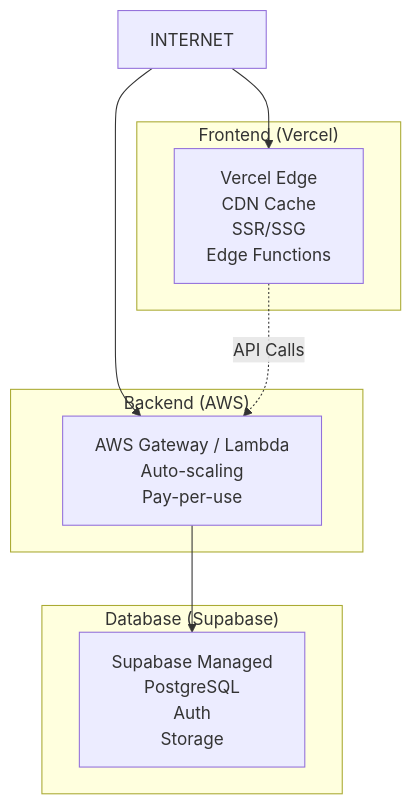
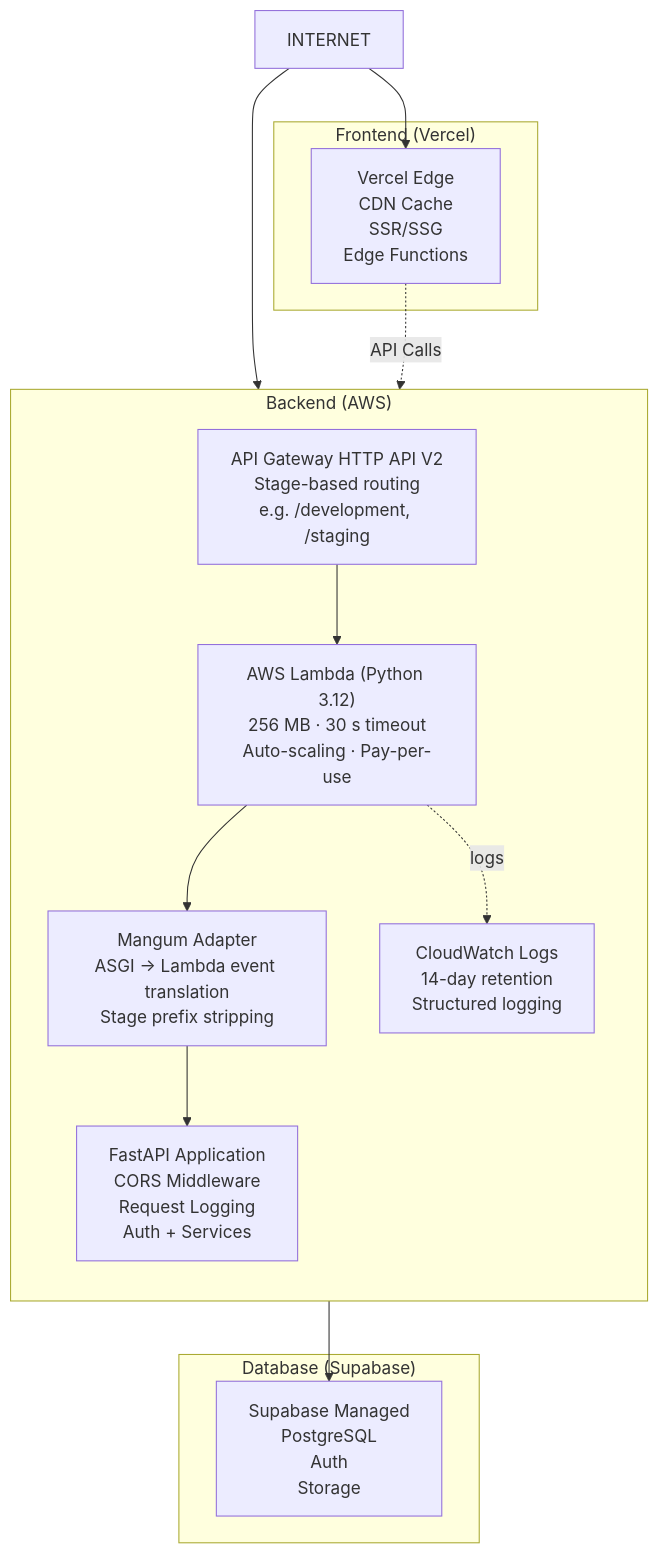
Before and after one commit to nyanham/morning-routine-productivity: the sixth of 8 diagrams in docs/ARCHITECTURE.md, drawn with Mermaid. The commit also changed other lines of this file and 6 other files, not shown here.

First line of the commit message:
docs: update documentation for AWS Lambda deployment architecture

````diff
--- a/docs/ARCHITECTURE.md
+++ b/docs/ARCHITECTURE.md
@@ -334,21 +348,30 @@
 ```mermaid
 flowchart TB
     Internet["INTERNET"]
 
     subgraph Frontend["Frontend (Vercel)"]
         VercelEdge["Vercel Edge<br/>CDN Cache<br/>SSR/SSG<br/>Edge Functions"]
     end
 
     subgraph Backend["Backend (AWS)"]
-        APIGateway["AWS Gateway / Lambda<br/>Auto-scaling<br/>Pay-per-use"]
+        direction TB
+        APIGW["API Gateway HTTP API V2<br/>Stage-based routing<br/>e.g. /development, /staging"]
+        Lambda["AWS Lambda (Python 3.12)<br/>256 MB · 30 s timeout<br/>Auto-scaling · Pay-per-use"]
+        Mangum["Mangum Adapter<br/>ASGI → Lambda event translation<br/>Stage prefix stripping"]
+        FastAPIApp["FastAPI Application<br/>CORS Middleware<br/>Request Logging<br/>Auth + Services"]
+        CW["CloudWatch Logs<br/>14-day retention<br/>Structured logging"]
     end
 
     subgraph Database["Database (Supabase)"]
         Supabase["Supabase Managed<br/>PostgreSQL<br/>Auth<br/>Storage"]
     end
 
     Internet --> VercelEdge
-    Internet --> APIGateway
-    APIGateway --> Supabase
-    VercelEdge -.->|"API Calls"| APIGateway
+    Internet --> APIGW
+    APIGW --> Lambda
+    Lambda --> Mangum
+    Mangum --> FastAPIApp
+    Lambda -.->|"logs"| CW
+    FastAPIApp --> Supabase
+    VercelEdge -.->|"API Calls"| APIGW
 ```
````
